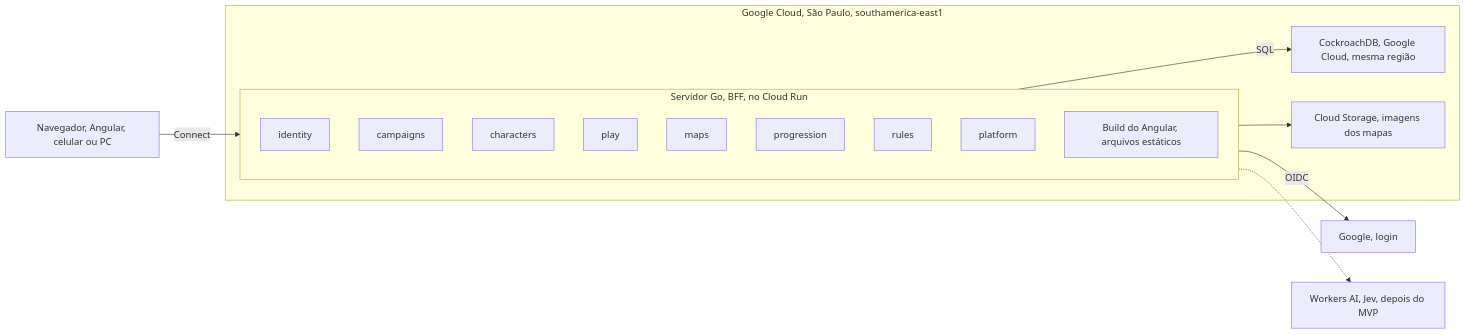
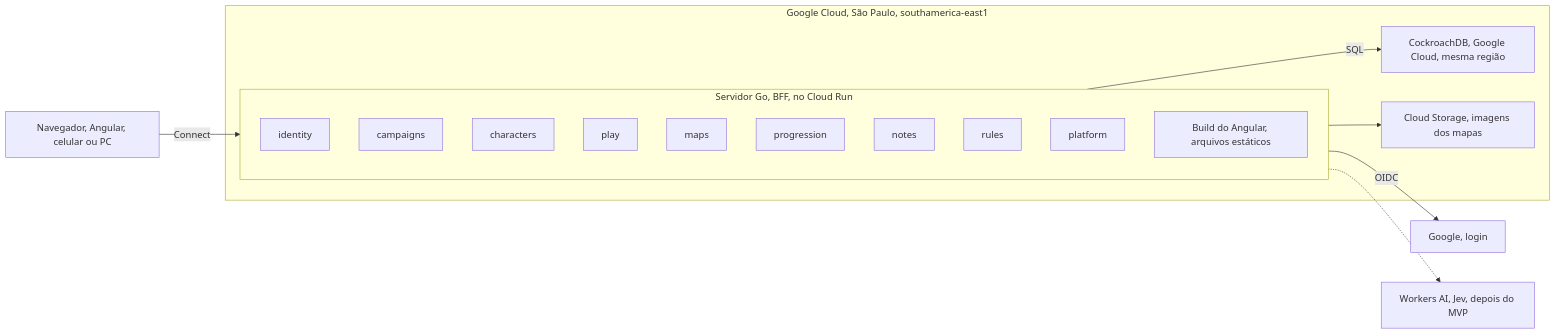
One commit to PuraFome/meuRPG changed the first of 18 diagrams in docs/arquitetura.md. Above: the diagram before and after it, drawn with Mermaid. The commit also changed other lines of this file and 60 other files, not shown here.

````diff
--- a/docs/arquitetura.md
+++ b/docs/arquitetura.md
@@ -38,30 +39,31 @@
 ```mermaid
 flowchart LR
     Nav["Navegador, Angular, celular ou PC"]
 
     subgraph GCP["Google Cloud, São Paulo, southamerica-east1"]
         subgraph BFF["Servidor Go, BFF, no Cloud Run"]
             identity["identity"]
             campaigns["campaigns"]
             characters["characters"]
             play["play"]
             maps["maps"]
             progression["progression"]
+            notes["notes"]
             rules["rules"]
             platform["platform"]
             AngularBuild["Build do Angular, arquivos estáticos"]
         end
         DB["CockroachDB, Google Cloud, mesma região"]
         Storage["Cloud Storage, imagens dos mapas"]
     end
 
     GoogleLogin["Google, login"]
     WorkersAI["Workers AI, Jev, depois do MVP"]
 
     Nav -->|"Connect"| BFF
     BFF -->|"SQL"| DB
     BFF --> Storage
     BFF -->|"OIDC"| GoogleLogin
 
     BFF -.-> WorkersAI
 ```
````
